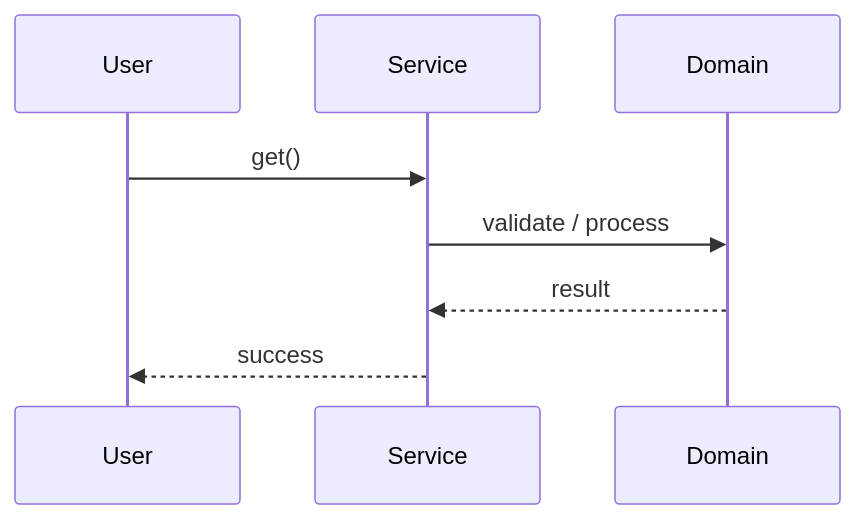
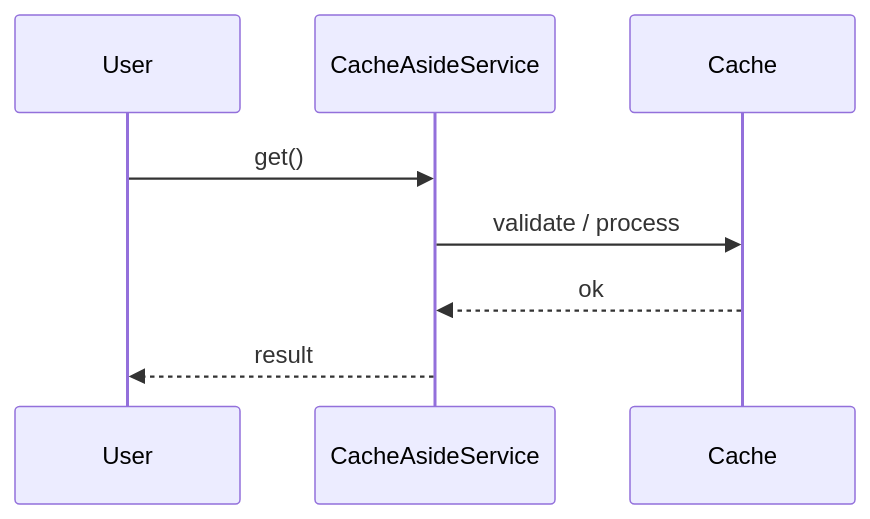
The second of 3 diagrams in Learn/System Design - Low Level Design/02-classic-ood/questions/Q63-cache-aside-ood.md (madhupaila/Interview-Prep-SSE), drawn with Mermaid before and after one commit. The commit also changed other lines of this file and 491 other files, not shown here.

````diff
--- a/Learn/System Design - Low Level Design/02-classic-ood/questions/Q63-cache-aside-ood.md
+++ b/Learn/System Design - Low Level Design/02-classic-ood/questions/Q63-cache-aside-ood.md
@@ -121,10 +150,10 @@
 ```mermaid
 sequenceDiagram
-    participant U as User
-    participant S as Service
-    participant D as Domain
-    U->>S: get()
-    S->>D: validate / process
-    D-->>S: result
-    S-->>U: success
+participant U as User
+participant S as CacheAsideService
+participant D as Cache
+U->>S: get()
+S->>D: validate / process
+D-->>S: ok
+S-->>U: result
 ```
````
